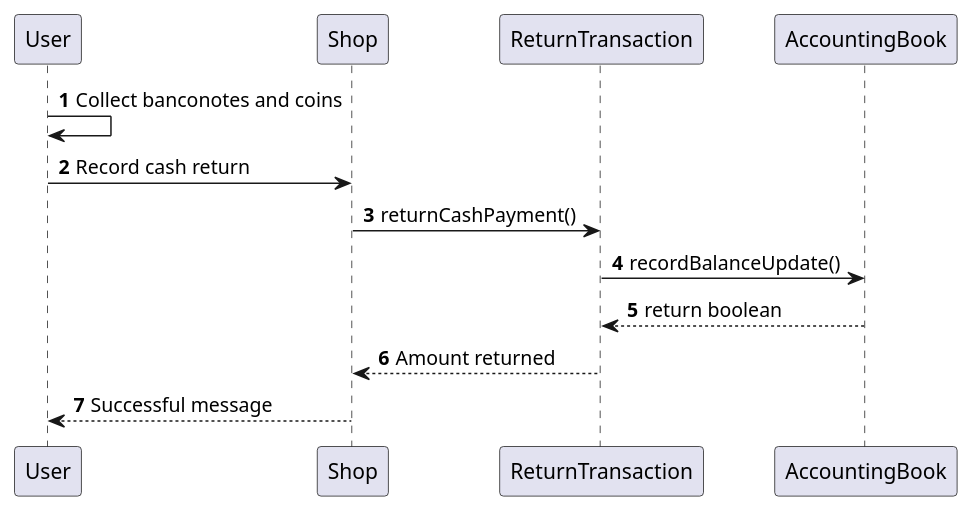
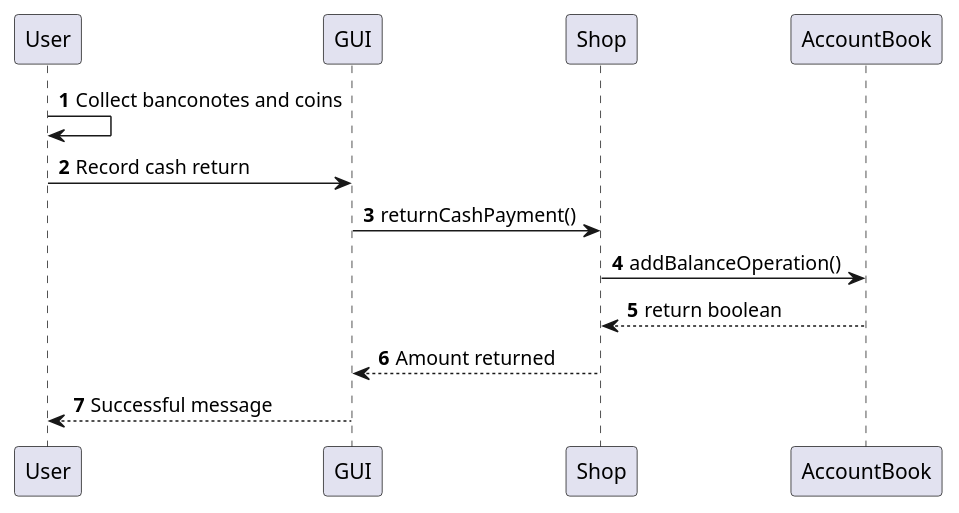
One commit to Stormz4/group20-EzShop changed diagram 20 of 20 in Deliverables/DesignDocument.md. Above: the diagram before and after it, drawn with PlantUML. The commit also changed other lines of this file, not shown here.

````diff
--- a/Deliverables/DesignDocument.md
+++ b/Deliverables/DesignDocument.md
@@ -633,12 +626,12 @@
 ```plantuml
 @startuml
 autonumber
 User -> User: Collect banconotes and coins
-User -> Shop: Record cash return
-Shop -> ReturnTransaction: returnCashPayment()
-ReturnTransaction -> AccountingBook: recordBalanceUpdate()
-AccountingBook --> ReturnTransaction: return boolean
-ReturnTransaction --> Shop: Amount returned
-Shop --> User: Successful message
+User -> GUI: Record cash return
+GUI -> Shop: returnCashPayment()
+Shop -> AccountBook: addBalanceOperation()
+AccountBook --> Shop: return boolean
+Shop --> GUI: Amount returned
+GUI --> User: Successful message
 @enduml
 ```
````
